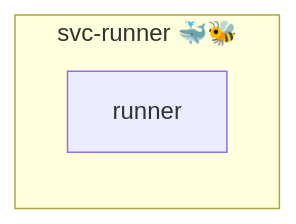
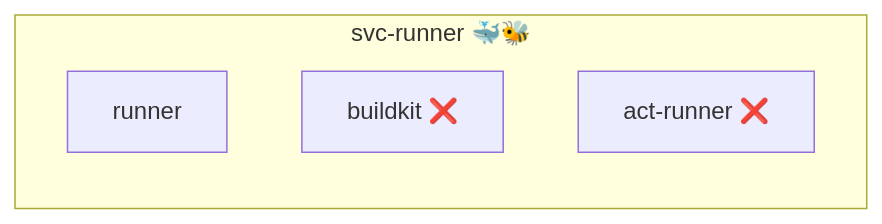
Before and after one commit to AlejandroRomanIbanez/infinito-nexus: the first of 4 diagrams in roles/svc-runner/README.md, drawn with Mermaid. The commit also changed 8 other files, not shown here.

````diff
--- a/roles/svc-runner/README.md
+++ b/roles/svc-runner/README.md
@@ -19,6 +19,8 @@
 ```mermaid
 flowchart LR
     subgraph role [svc-runner 🐳🐝]
         svc_runner["runner"]
+        svc_buildkit["buildkit ❌"]
+        svc_act_runner["act-runner ❌"]
     end
 ```
````
